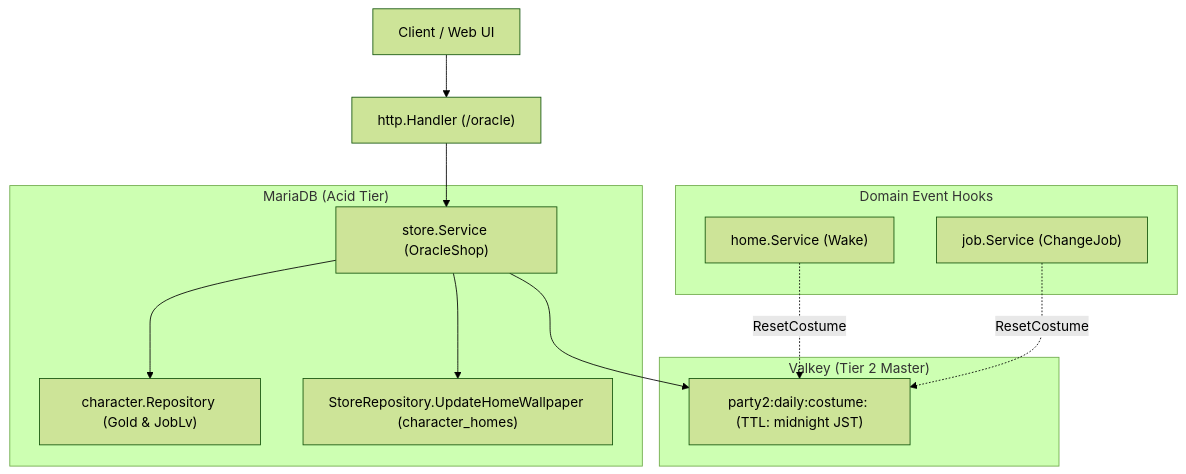
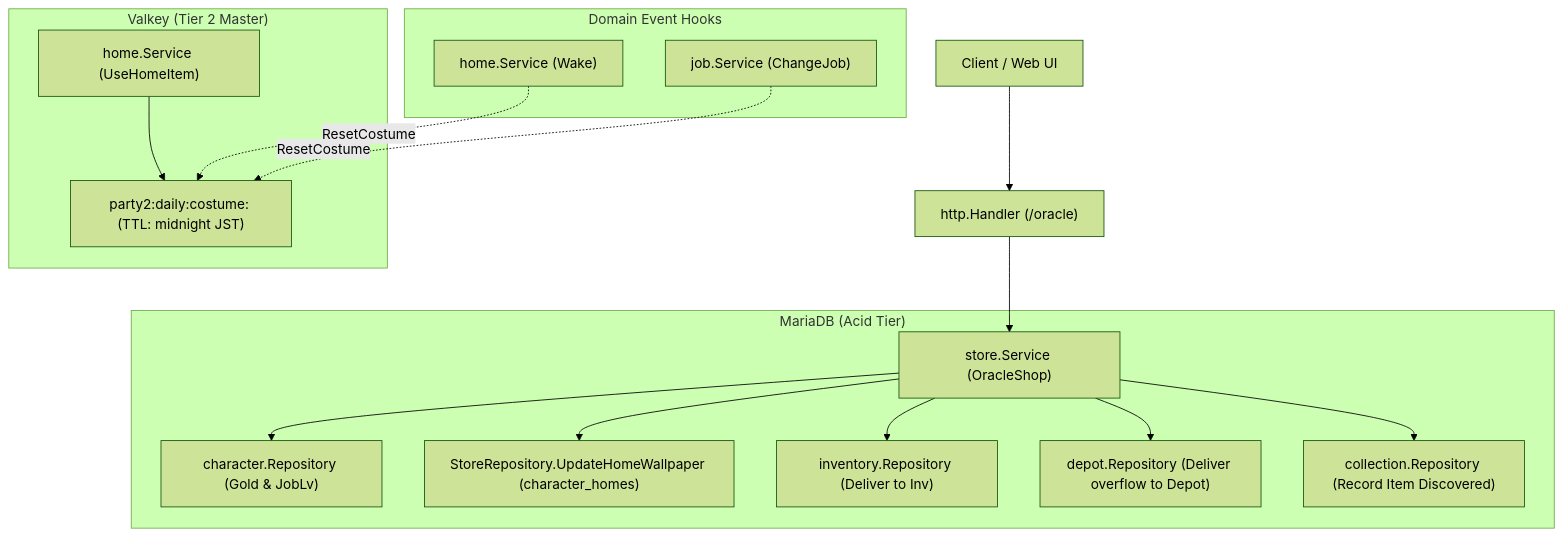
The diagram in docs/design/oracle-shop.md (witchcraze/party2re), drawn with Mermaid (forest theme) before and after one commit. The commit also changed other lines of this file and 21 other files, not shown here.

First line of the commit message:
feat(store): reconstruct authentic oracle shop item purchase and costume usage parity (#724) (#730)

````diff
--- a/docs/design/oracle-shop.md
+++ b/docs/design/oracle-shop.md
@@ -86,19 +95,22 @@
 ```mermaid
 flowchart TD
     Client["Client / Web UI"] --> Handler["http.Handler (/oracle)"]
     Handler --> Service["store.Service (OracleShop)"]
 
     subgraph Relational Persistence ["MariaDB (Acid Tier)"]
         Service --> CharRepo["character.Repository (Gold & JobLv)"]
         Service --> HomeRepo["StoreRepository.UpdateHomeWallpaper (character_homes)"]
+        Service --> InvRepo["inventory.Repository (Deliver to Inv)"]
+        Service --> DepotRepo["depot.Repository (Deliver overflow to Depot)"]
+        Service --> CollectRepo["collection.Repository (Record Item Discovered)"]
     end
 
     subgraph Ephemeral Valkey ["Valkey (Tier 2 Master)"]
-        Service --> ValkeyCostume["party2:daily:costume:<id> (TTL: midnight JST)"]
+        HomeUse["home.Service (UseHomeItem)"] --> ValkeyCostume["party2:daily:costume:<id> (TTL: midnight JST)"]
     end
 
     subgraph Cross-Domain Hooks ["Domain Event Hooks"]
-        HomeService["home.Service (Wake)"] -.->|ResetCostume| ValkeyCostume
+        HomeWake["home.Service (Wake)"] -.->|ResetCostume| ValkeyCostume
         JobService["job.Service (ChangeJob)"] -.->|ResetCostume| ValkeyCostume
     end
 ```
````
